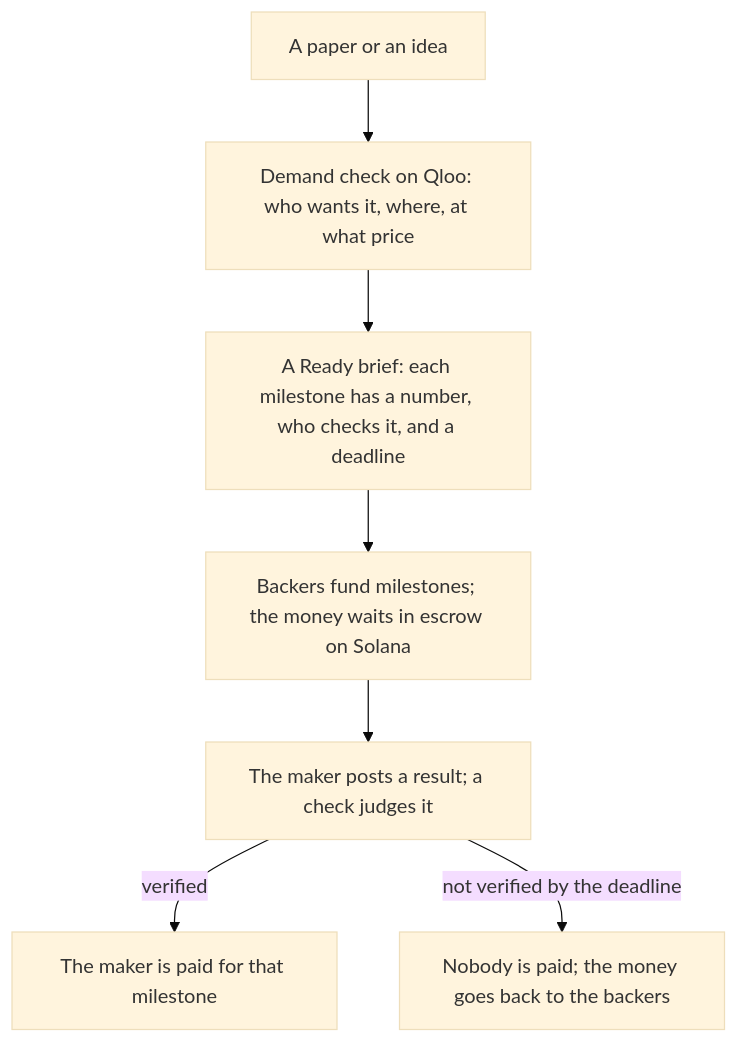
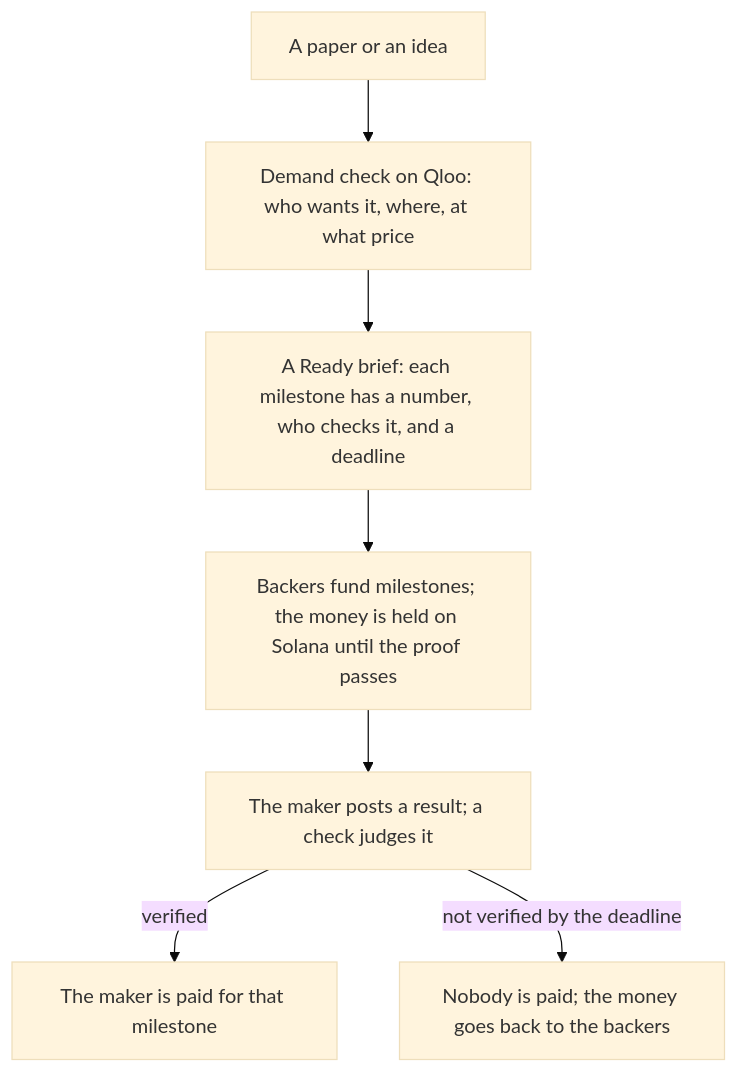
The first of 3 diagrams in README.md (Lucho-design1/Knos), drawn with Mermaid (base theme) before and after one commit. The commit also changed other lines of this file and 449 other files, not shown here.

````diff
--- a/README.md
+++ b/README.md
@@ -21,9 +21,9 @@
 ```mermaid
 flowchart TB
     idea["A paper or an idea"] --> demand["Demand check on Qloo: who wants it, where, at what price"]
     demand --> ready["A Ready brief: each milestone has a number, who checks it, and a deadline"]
-    ready --> escrow["Backers fund milestones; the money waits in escrow on Solana"]
-    escrow --> proof["The maker posts a result; a check judges it"]
+    ready --> held["Backers fund milestones; the money is held on Solana until the proof passes"]
+    held --> proof["The maker posts a result; a check judges it"]
     proof -->|verified| paid["The maker is paid for that milestone"]
     proof -->|not verified by the deadline| back["Nobody is paid; the money goes back to the backers"]
 ```
````
